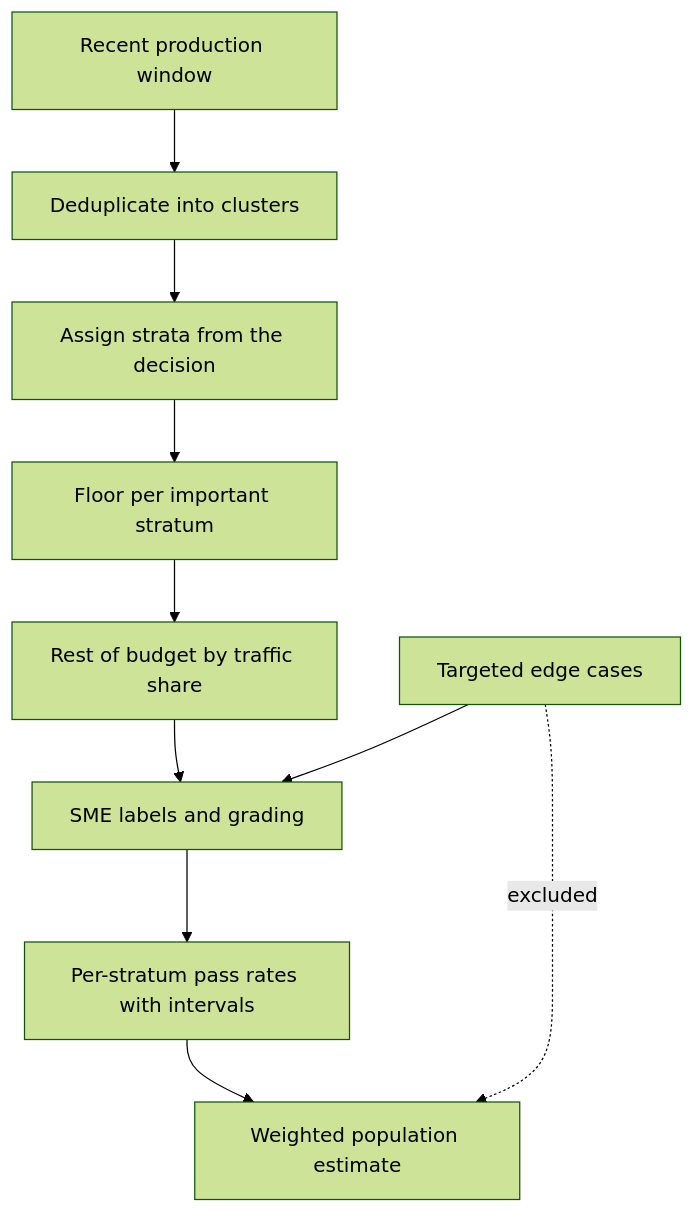
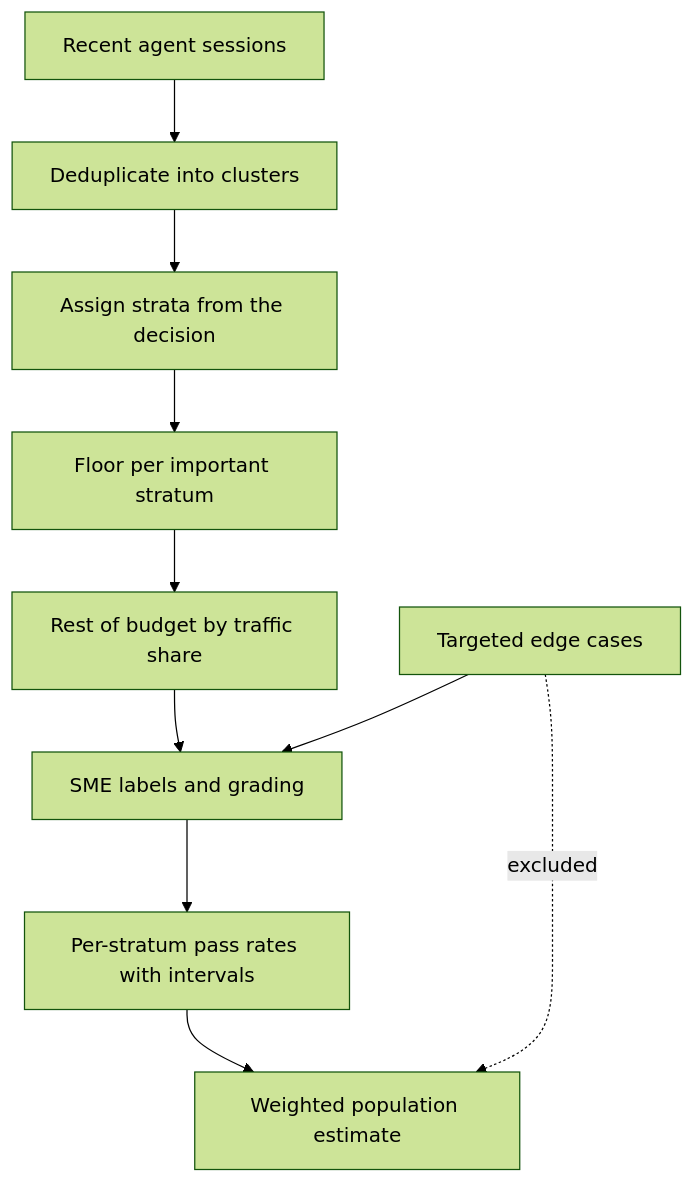
One commit to lovishmahajan97/agentic-learning changed the diagram in content/customer-data-evaluation/representative-test-case-sampling.md. Above: the diagram before and after it, drawn with Mermaid (forest theme). The commit also changed other lines of this file and 454 other files, not shown here.

````diff
--- a/content/customer-data-evaluation/representative-test-case-sampling.md
+++ b/content/customer-data-evaluation/representative-test-case-sampling.md
@@ -102,12 +119,12 @@
 ```mermaid
 flowchart TD
-    A["Recent production window"] --> B["Deduplicate into clusters"]
+    A["Recent agent sessions"] --> B["Deduplicate into clusters"]
     B --> C["Assign strata from the decision"]
     C --> D["Floor per important stratum"]
     D --> E["Rest of budget by traffic share"]
     E --> F["SME labels and grading"]
     F --> G["Per-stratum pass rates with intervals"]
     G --> H["Weighted population estimate"]
     T["Targeted edge cases"] --> F
     T -.->|"excluded"| H
 ```
````
